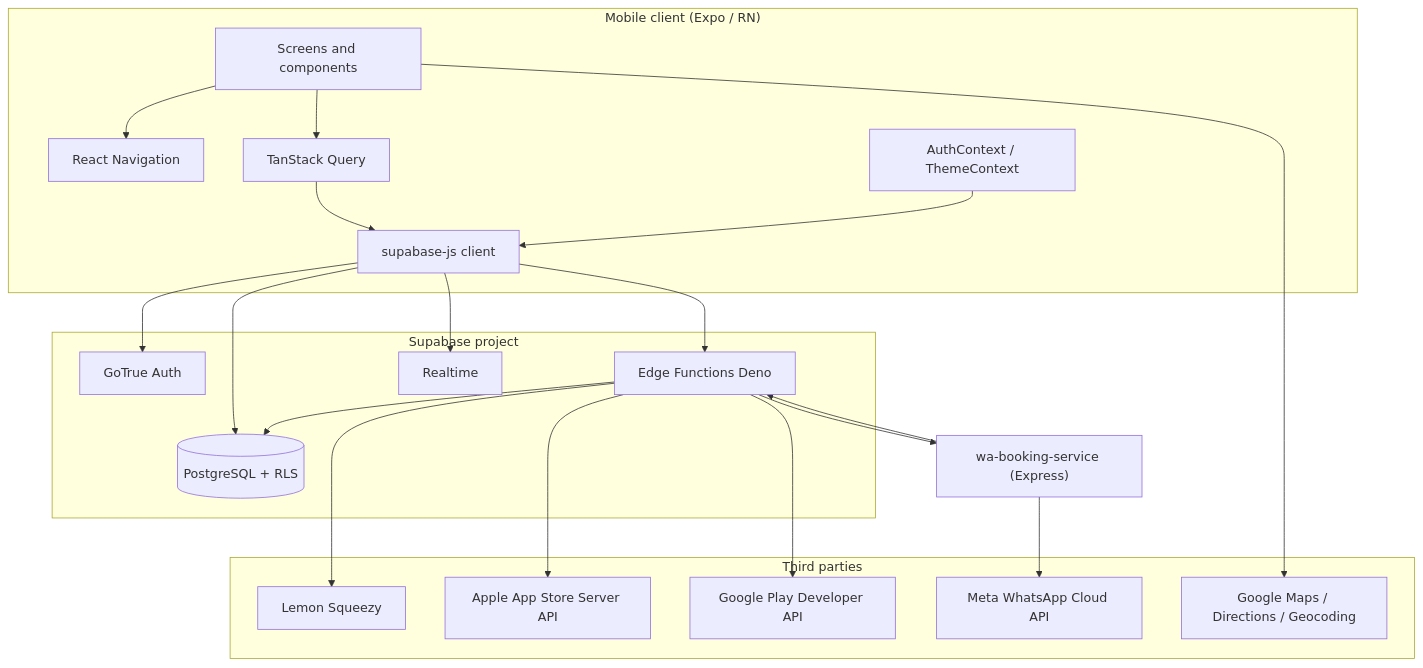
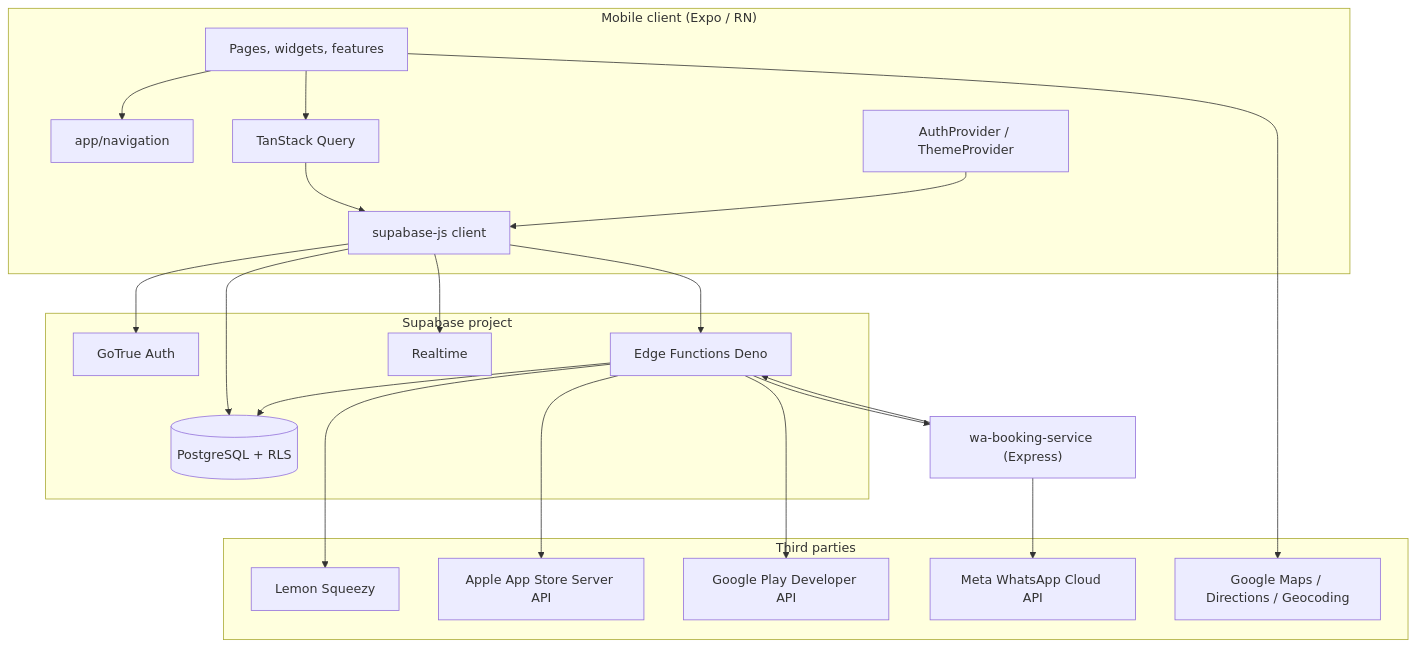
The diagram in README.md (ViperClaw1/pixap), drawn with Mermaid before and after one commit. The commit also changed other lines of this file and 186 other files, not shown here.

Commit message:
FSD architecture polishing + fix bugs with stories uploading

````diff
--- a/README.md
+++ b/README.md
@@ -26,44 +27,44 @@
 ```mermaid
 flowchart TB
   subgraph client["Mobile client (Expo / RN)"]
-    UI[Screens and components]
-    Nav[React Navigation]
+    UI[Pages, widgets, features]
+    Nav[app/navigation]
     RQ[TanStack Query]
-    Ctx[AuthContext / ThemeContext]
+    Prov[AuthProvider / ThemeProvider]
     SBClient[supabase-js client]
   end
 
   subgraph supa["Supabase project"]
     Auth[GoTrue Auth]
     DB[(PostgreSQL + RLS)]
     RT[Realtime]
     Edge[Edge Functions Deno]
   end
 
   subgraph external["Third parties"]
     WA[Meta WhatsApp Cloud API]
     LS[Lemon Squeezy]
     AAS[Apple App Store Server API]
     GP[Google Play Developer API]
     Maps[Google Maps / Directions / Geocoding]
   end
 
   WA_SVC["wa-booking-service (Express)"]
 
   UI --> Nav
   UI --> RQ
   RQ --> SBClient
-  Ctx --> SBClient
+  Prov --> SBClient
   SBClient --> Auth
   SBClient --> DB
   SBClient --> RT
   SBClient --> Edge
   Edge --> DB
   Edge --> LS
   Edge --> AAS
   Edge --> GP
   Edge --> WA_SVC
   WA_SVC --> WA
   WA_SVC --> Edge
   UI --> Maps
 ```
````
